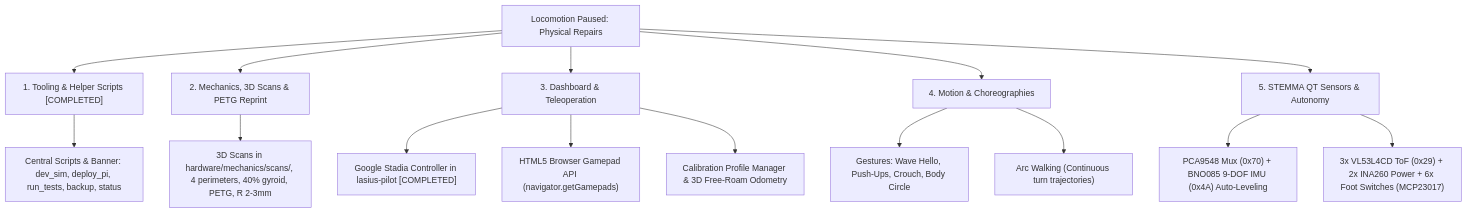
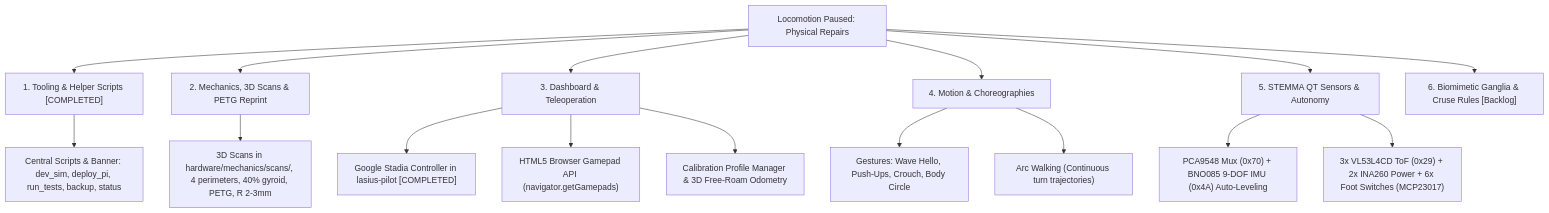
The diagram in docs/roadmap.md (vern-da-coda/lasius), drawn with Mermaid before and after one commit. The commit also changed other lines of this file and 2 other files, not shown here.

Commit message:
docs(software): create software backlog for biomimetic ganglia architecture

````diff
--- a/docs/roadmap.md
+++ b/docs/roadmap.md
@@ -43,18 +43,19 @@
 ```mermaid
 flowchart TD
     A["Locomotion Paused: Physical Repairs"] --> B["1. Tooling & Helper Scripts [COMPLETED]"]
     A --> C["2. Mechanics, 3D Scans & PETG Reprint"]
     A --> D["3. Dashboard & Teleoperation"]
     A --> E["4. Motion & Choreographies"]
     A --> F["5. STEMMA QT Sensors & Autonomy"]
+    A --> G["6. Biomimetic Ganglia & Cruse Rules [Backlog]"]
 
     B --> B1["Central Scripts & Banner: dev_sim, deploy_pi, run_tests, backup, status"]
     C --> C1["3D Scans in hardware/mechanics/scans/, 4 perimeters, 40% gyroid, PETG, R 2-3mm"]
     D --> D1["Google Stadia Controller in lasius-pilot [COMPLETED]"]
     D --> D2["HTML5 Browser Gamepad API (navigator.getGamepads)"]
     D --> D3["Calibration Profile Manager & 3D Free-Roam Odometry"]
     E --> E1["Gestures: Wave Hello, Push-Ups, Crouch, Body Circle"]
     E --> E2["Arc Walking (Continuous turn trajectories)"]
     F --> F1["PCA9548 Mux (0x70) + BNO085 9-DOF IMU (0x4A) Auto-Leveling"]
     F --> F2["3x VL53L4CD ToF (0x29) + 2x INA260 Power + 6x Foot Switches (MCP23017)"]
 ```
````
